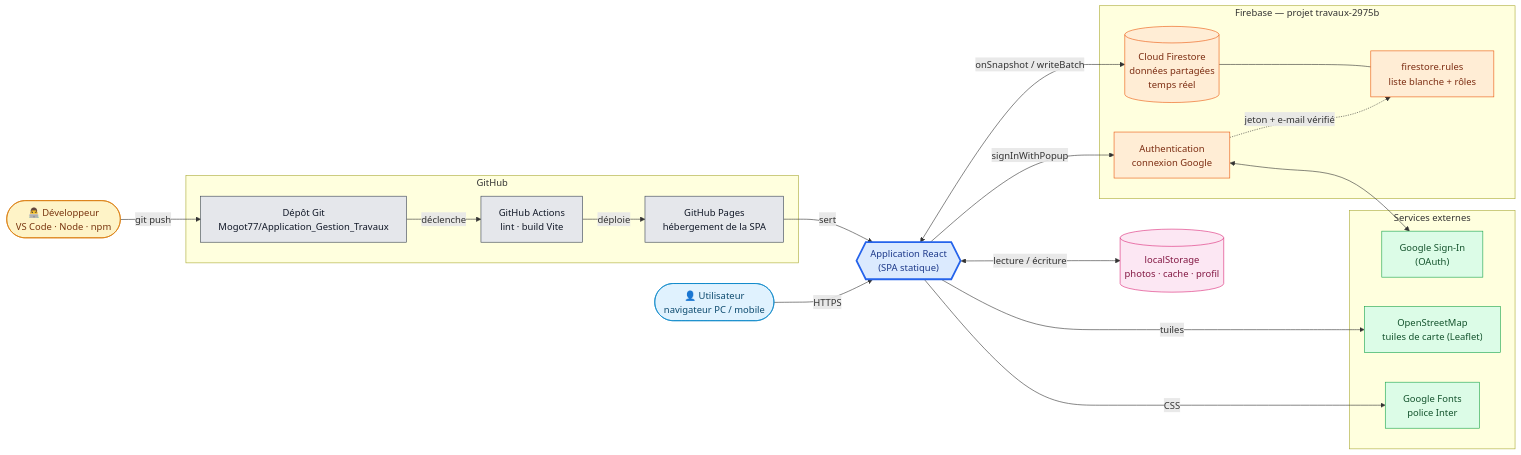
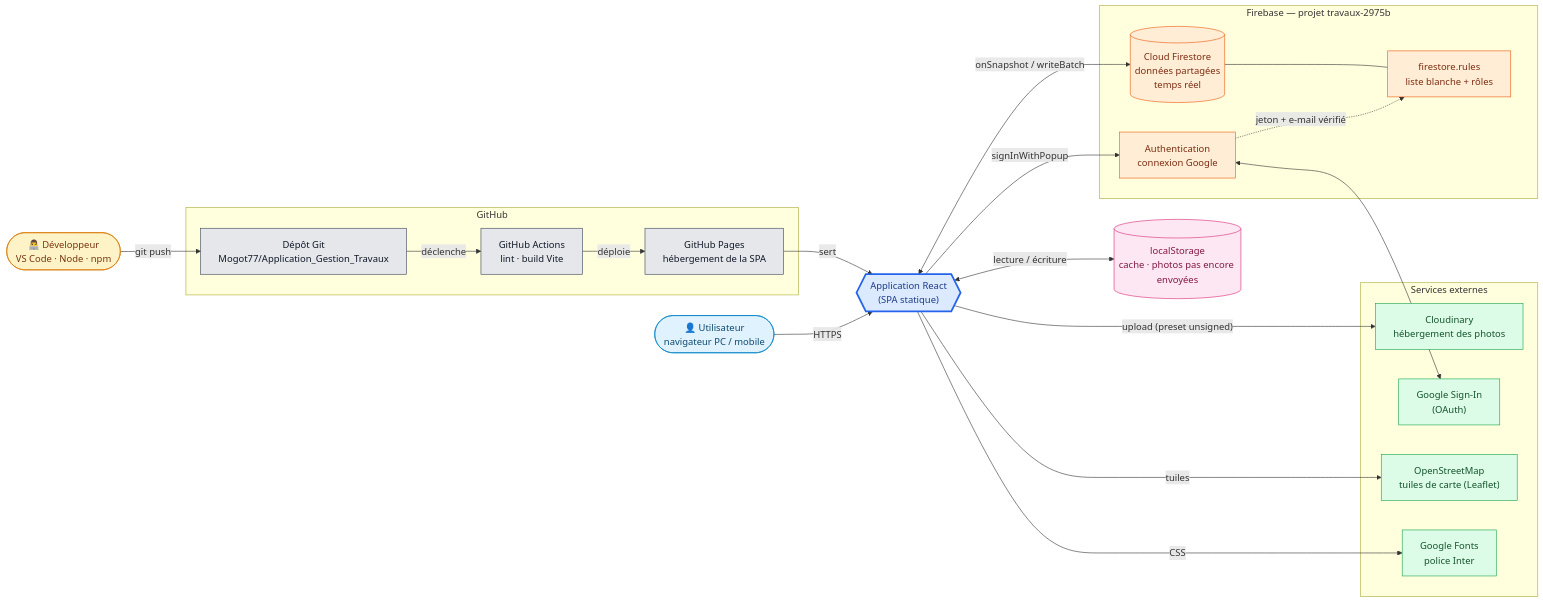
The second of 2 diagrams in README.md (Mogot77/Application_Gestion_Travaux), drawn with Mermaid before and after one commit. The commit also changed other lines of this file and 2 other files, not shown here.

Commit message:
docs: update README diagrams, structure and CLAUDE.md for the new architecture

````diff
--- a/README.md
+++ b/README.md
@@ -87,49 +95,51 @@
 ```mermaid
 flowchart LR
     Dev(["👨‍💻 Développeur<br/>VS Code · Node · npm"]):::dev
     User(["👤 Utilisateur<br/>navigateur PC / mobile"]):::user
 
     subgraph GitHub["GitHub"]
         Repo["Dépôt Git<br/>Mogot77/Application_Gestion_Travaux"]:::gh
         Actions["GitHub Actions<br/>lint · build Vite"]:::gh
         Pages["GitHub Pages<br/>hébergement de la SPA"]:::gh
     end
 
     SPA{{"Application React<br/>(SPA statique)"}}:::app
 
     subgraph Firebase["Firebase — projet travaux-2975b"]
         Auth["Authentication<br/>connexion Google"]:::fb
         FS[("Cloud Firestore<br/>données partagées<br/>temps réel")]:::fb
         Rules["firestore.rules<br/>liste blanche + rôles"]:::fb
     end
 
     subgraph Ext["Services externes"]
+        Cloud["Cloudinary<br/>hébergement des photos"]:::ext
         Google["Google Sign-In<br/>(OAuth)"]:::ext
         OSM["OpenStreetMap<br/>tuiles de carte (Leaflet)"]:::ext
         Fonts["Google Fonts<br/>police Inter"]:::ext
     end
 
-    LS[("localStorage<br/>photos · cache · profil")]:::local
+    LS[("localStorage<br/>cache · photos pas encore envoyées")]:::local
 
     Dev -- "git push" --> Repo
     Repo -- "déclenche" --> Actions
     Actions -- "déploie" --> Pages
     Pages -- "sert" --> SPA
     User -- "HTTPS" --> SPA
     SPA -- "signInWithPopup" --> Auth
     Auth <--> Google
     SPA <-- "onSnapshot / writeBatch" --> FS
     FS --- Rules
     Auth -. "jeton + e-mail vérifié" .-> Rules
+    SPA -- "upload (preset unsigned)" --> Cloud
     SPA -- "tuiles" --> OSM
     SPA -- "CSS" --> Fonts
     SPA <-- "lecture / écriture" --> LS
 
     classDef dev fill:#fef3c7,stroke:#d97706,color:#78350f
     classDef user fill:#e0f2fe,stroke:#0284c7,color:#0c4a6e
     classDef gh fill:#e5e7eb,stroke:#374151,color:#111827
     classDef app fill:#dbeafe,stroke:#2563eb,color:#1e3a8a,stroke-width:3px
     classDef fb fill:#ffedd5,stroke:#ea580c,color:#7c2d12
     classDef ext fill:#dcfce7,stroke:#16a34a,color:#14532d
     classDef local fill:#fce7f3,stroke:#db2777,color:#831843
 ```
````
